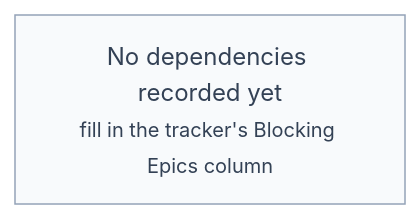
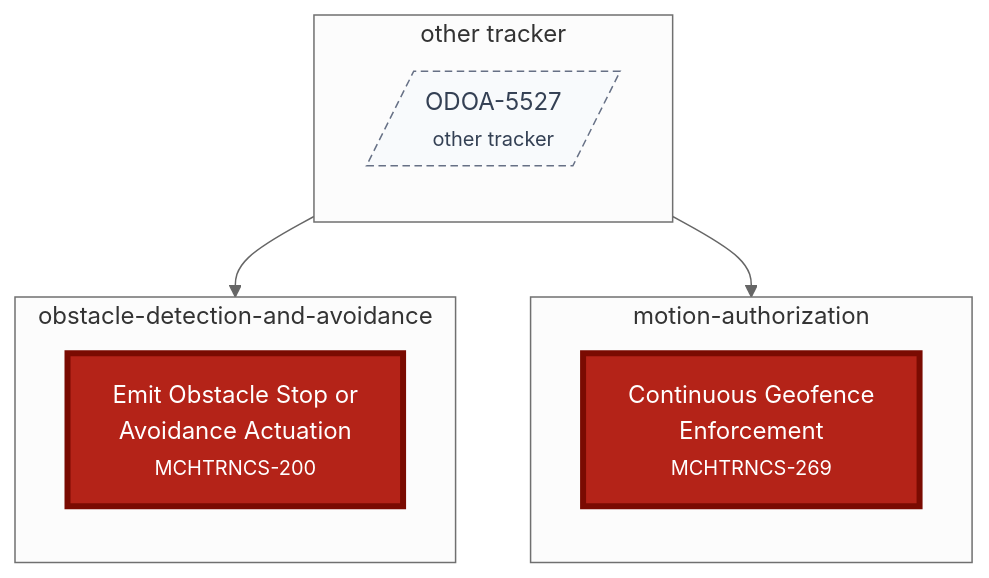
Before and after one commit to pjm-autonomous/prak-sysreq-mgmt: the diagram in agile-planning/dependency-dag/dependency-dag.mmd, drawn with Mermaid (neutral theme). The commit also changed 6 other files, not shown here.

```diff
--- a/agile-planning/dependency-dag/dependency-dag.mmd
+++ b/agile-planning/dependency-dag/dependency-dag.mmd
@@ -1,15 +1,31 @@
-%% No dependencies recorded in the tracker's Blocking Epics column yet.
-%% All 87 epics are unblocked; see the HTML viewer for the inventory.
+%% chain 1
 flowchart TB
   classDef must fill:#b42318,stroke:#7a0b02,color:#ffffff;
   classDef should fill:#ffbf00,stroke:#8a6d00,color:#111827;
   classDef could fill:#e6f0fd,stroke:#175cd3,color:#111827;
   classDef wont fill:#eceef2,stroke:#667085,color:#111827;
   classDef must_tts fill:#b42318,stroke:#7a0b02,stroke-width:4px,color:#ffffff;
   classDef should_tts fill:#ffbf00,stroke:#8a6d00,stroke-width:4px,color:#111827;
   classDef could_tts fill:#e6f0fd,stroke:#0b3a8f,stroke-width:4px,color:#111827;
   classDef wont_tts fill:#eceef2,stroke:#344054,stroke-width:4px,color:#111827;
   classDef note fill:#f8fafc,stroke:#94a3b8,color:#334155;
   classDef external fill:#f8fafc,stroke:#667085,stroke-dasharray:5 3,color:#344054;
-  empty["No dependencies recorded yet<br/><small>fill in the tracker's Blocking Epics column</small>"]
-  class empty note;
+  subgraph sg_motion_authorization["motion-authorization"]
+    direction TB
+    n_epic_continuous_geofence_enforcement["Continuous Geofence<br/>Enforcement<br/><small>MCHTRNCS-269</small>"]
+  end
+  subgraph sg_obstacle_detection_and_avoidance["obstacle-detection-and-avoidance"]
+    direction TB
+    n_epic_emit_obstacle_stop_avoidance["Emit Obstacle Stop or<br/>Avoidance Actuation<br/><small>MCHTRNCS-200</small>"]
+  end
+  subgraph sg_other_tracker["other tracker"]
+    direction TB
+    n_external_ODOA_5527[/"ODOA-5527<br/><small>other tracker</small>"/]
+  end
+  n_external_ODOA_5527 --> n_epic_continuous_geofence_enforcement
+  n_external_ODOA_5527 --> n_epic_emit_obstacle_stop_avoidance
+  click n_epic_continuous_geofence_enforcement "https://asirobots.atlassian.net/browse/MCHTRNCS-269" _blank
+  click n_epic_emit_obstacle_stop_avoidance "https://asirobots.atlassian.net/browse/MCHTRNCS-200" _blank
+  class n_epic_continuous_geofence_enforcement must_tts;
+  class n_epic_emit_obstacle_stop_avoidance must_tts;
+  class n_external_ODOA_5527 external;
```
